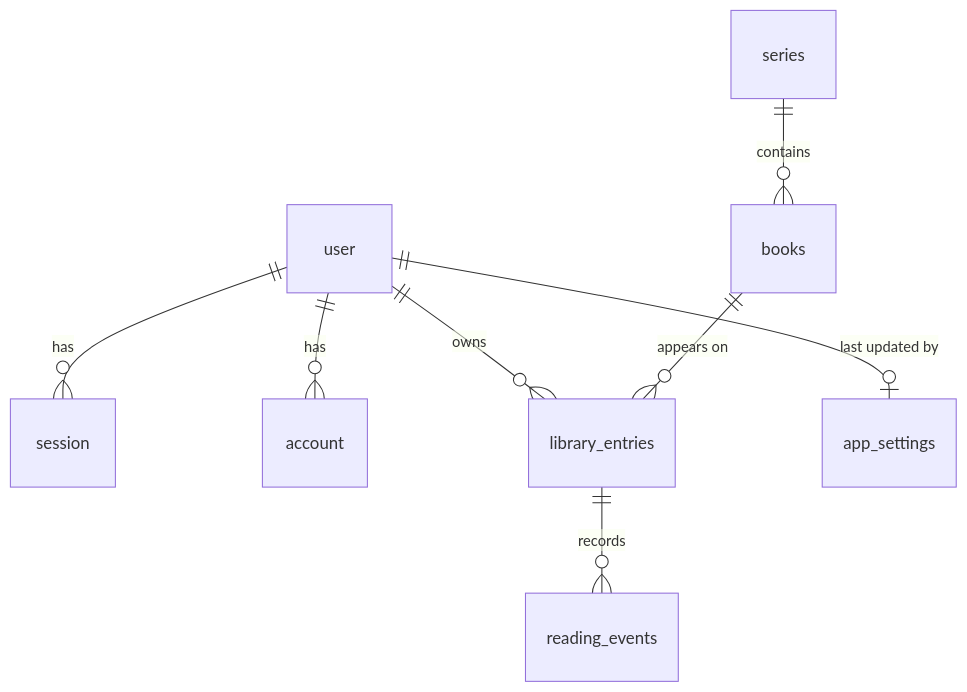
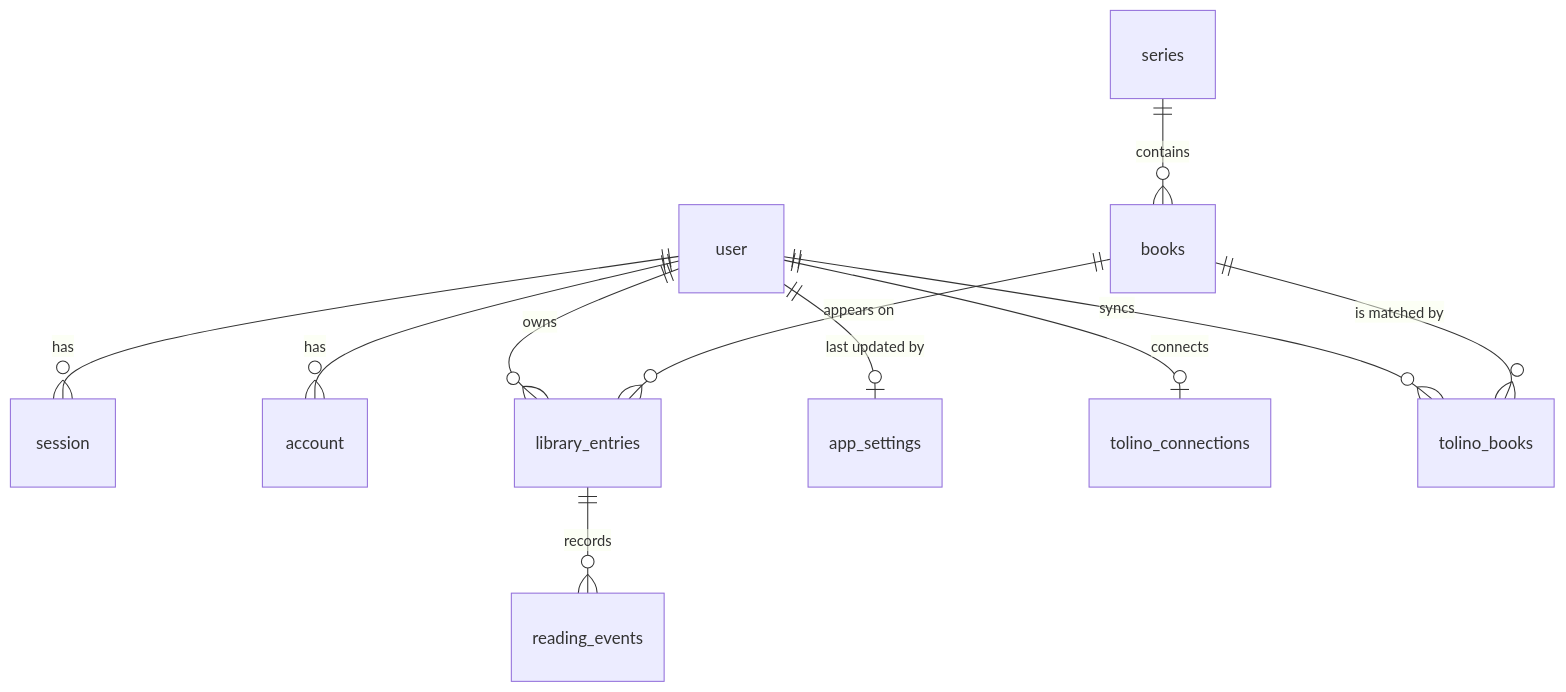
The diagram in docs/data-model.md (TheBlackPrism/Retrospine), drawn with Mermaid before and after one commit. The commit also changed other lines of this file and 40 other files, not shown here.

````diff
--- a/docs/data-model.md
+++ b/docs/data-model.md
@@ -7,10 +7,13 @@
 ```mermaid
 erDiagram
   user ||--o{ session : has
   user ||--o{ account : has
   user ||--o{ library_entries : owns
   books ||--o{ library_entries : "appears on"
   series ||--o{ books : contains
   library_entries ||--o{ reading_events : records
   user ||--o| app_settings : "last updated by"
+  user ||--o| tolino_connections : connects
+  user ||--o{ tolino_books : syncs
+  books ||--o{ tolino_books : "is matched by"
 ```
````
